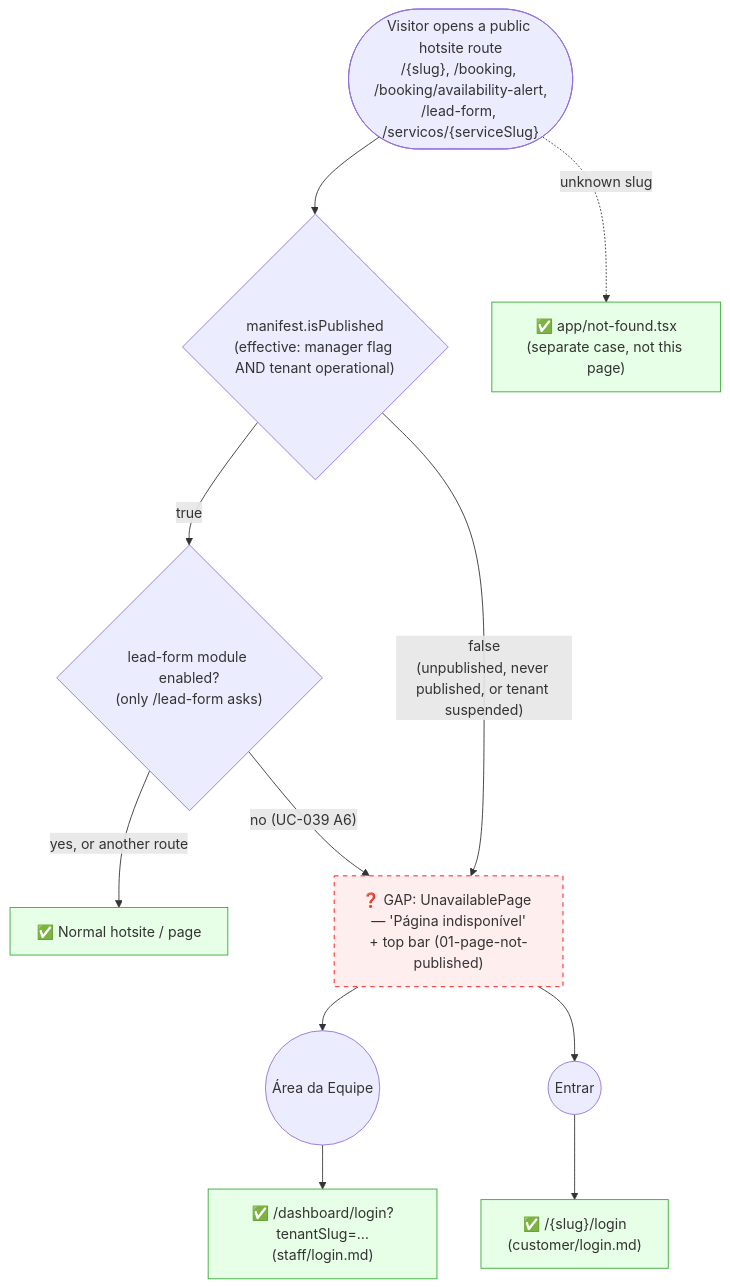
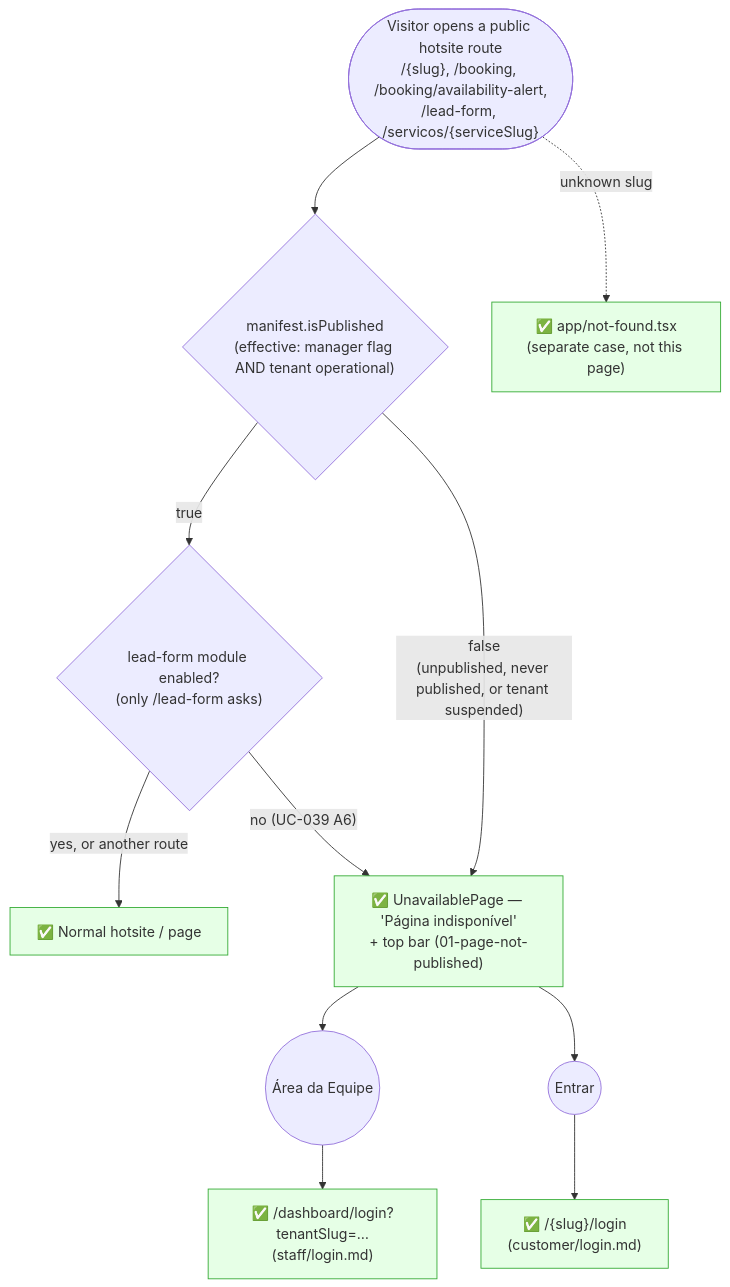
One commit to lmmoreira/ikaro changed the diagram in journeys/guest/unpublished-hotsite.md. Above: the diagram before and after it, drawn with Mermaid. The commit also changed other lines of this file and 16 other files, not shown here.

First line of the commit message:
feat(hotsite): one neutral unavailable page with the login bar for every case (M25-S30) (#805)

````diff
--- a/journeys/guest/unpublished-hotsite.md
+++ b/journeys/guest/unpublished-hotsite.md
@@ -12,17 +12,16 @@
 ```mermaid
 flowchart TD
     classDef existing fill:#e6ffe6,stroke:#3a3
     classDef gap stroke:#f00,stroke-dasharray: 5 5,fill:#fee
 
     Visit(["Visitor opens a public hotsite route<br/>/{slug}, /booking, /booking/availability-alert,<br/>/lead-form, /servicos/{serviceSlug}"]) --> Manifest{"manifest.isPublished<br/>(effective: manager flag AND tenant operational)"}
     Manifest -- "true" --> Module{"lead-form module enabled?<br/>(only /lead-form asks)"}
     Module -- "yes, or another route" --> Site["✅ Normal hotsite / page"]
     Module -- "no (UC-039 A6)" --> Unavailable
-    Manifest -- "false<br/>(unpublished, never published, or tenant suspended)" --> Unavailable["❓ GAP: UnavailablePage — 'Página indisponível'<br/>+ top bar (01-page-not-published)"]
+    Manifest -- "false<br/>(unpublished, never published, or tenant suspended)" --> Unavailable["✅ UnavailablePage — 'Página indisponível'<br/>+ top bar (01-page-not-published)"]
     Unavailable --> Team(("Área da Equipe")) --> StaffLogin["✅ /dashboard/login?tenantSlug=…<br/>(staff/login.md)"]
     Unavailable --> Customer(("Entrar")) --> CustLogin["✅ /{slug}/login<br/>(customer/login.md)"]
     Visit -. "unknown slug" .-> NotFound["✅ app/not-found.tsx<br/>(separate case, not this page)"]
 
-    class Site,StaffLogin,CustLogin,NotFound existing
-    class Unavailable gap
+    class Site,StaffLogin,CustLogin,NotFound,Unavailable existing
 ```
````
